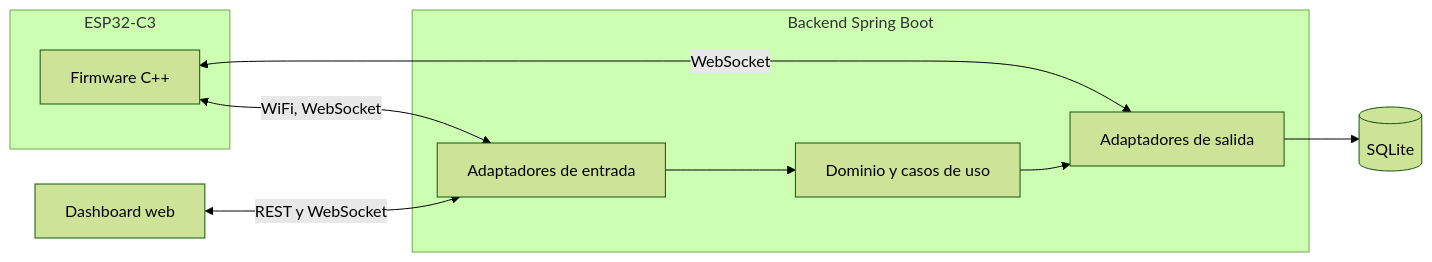
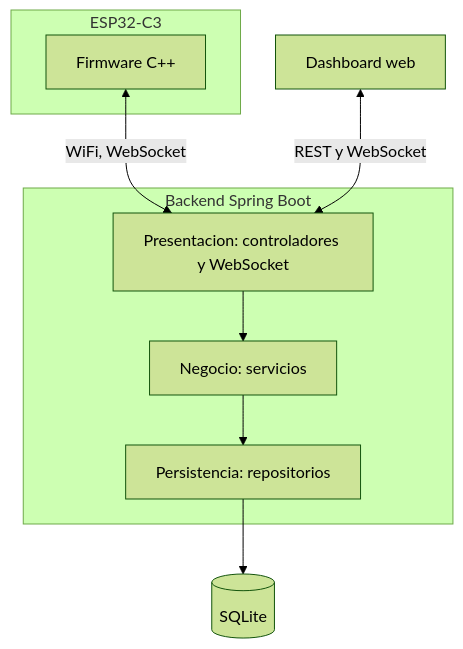
One commit to ElFernanduz/SmartParking changed the diagram in README.md. Above: the diagram before and after it, drawn with Mermaid (forest theme). The commit also changed other lines of this file and 263 other files, not shown here.

````diff
--- a/README.md
+++ b/README.md
@@ -30,20 +31,19 @@
 ```mermaid
-flowchart LR
+flowchart TB
     subgraph DISP["ESP32-C3"]
         FW["Firmware C++"]
     end
     subgraph HOST["Backend Spring Boot"]
-        IN["Adaptadores de entrada"]
-        CORE["Dominio y casos de uso"]
-        OUT["Adaptadores de salida"]
+        WEB["Presentacion: controladores y WebSocket"]
+        SRV["Negocio: servicios"]
+        REP["Persistencia: repositorios"]
     end
     DB[("SQLite")]
     UI["Dashboard web"]
 
-    FW <-->|WiFi, WebSocket| IN
-    IN --> CORE
-    CORE --> OUT
-    OUT <-->|WebSocket| FW
-    OUT --> DB
-    UI <-->|REST y WebSocket| IN
+    FW <-->|WiFi, WebSocket| WEB
+    UI <-->|REST y WebSocket| WEB
+    WEB --> SRV
+    SRV --> REP
+    REP --> DB
 ```
````
